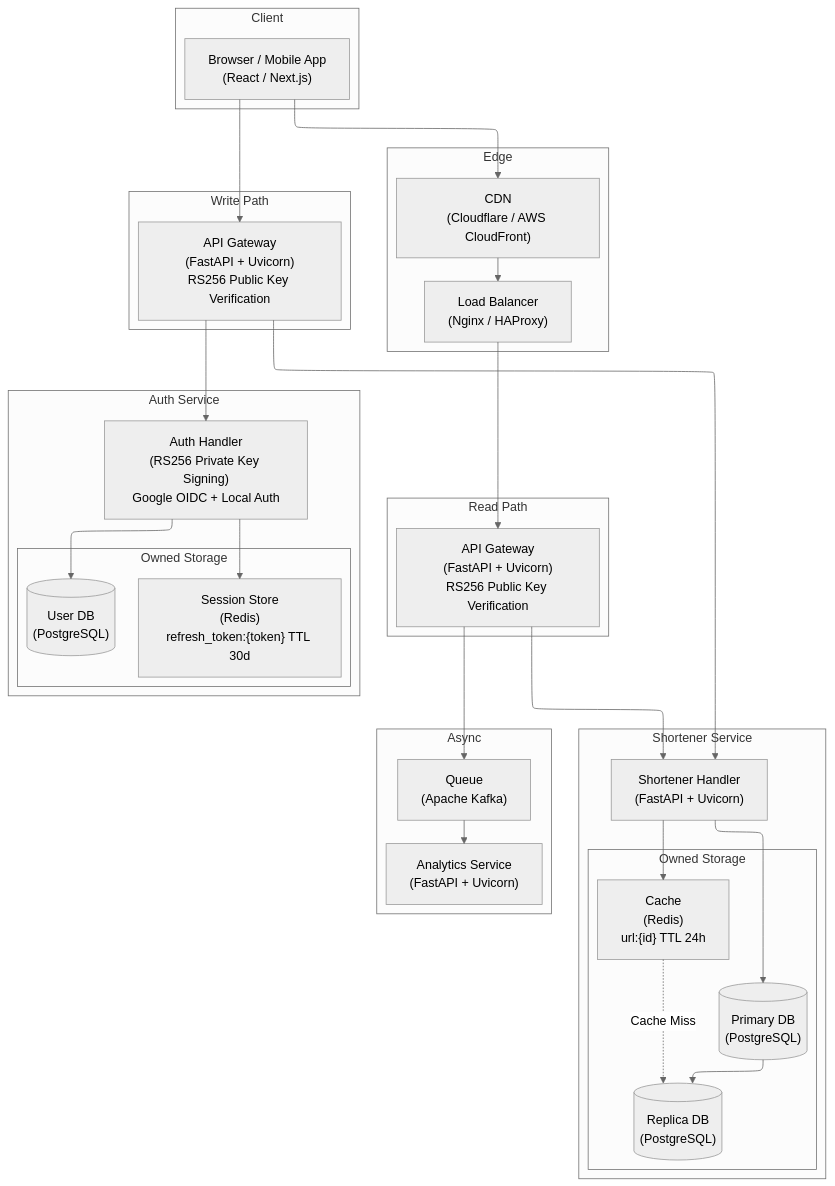
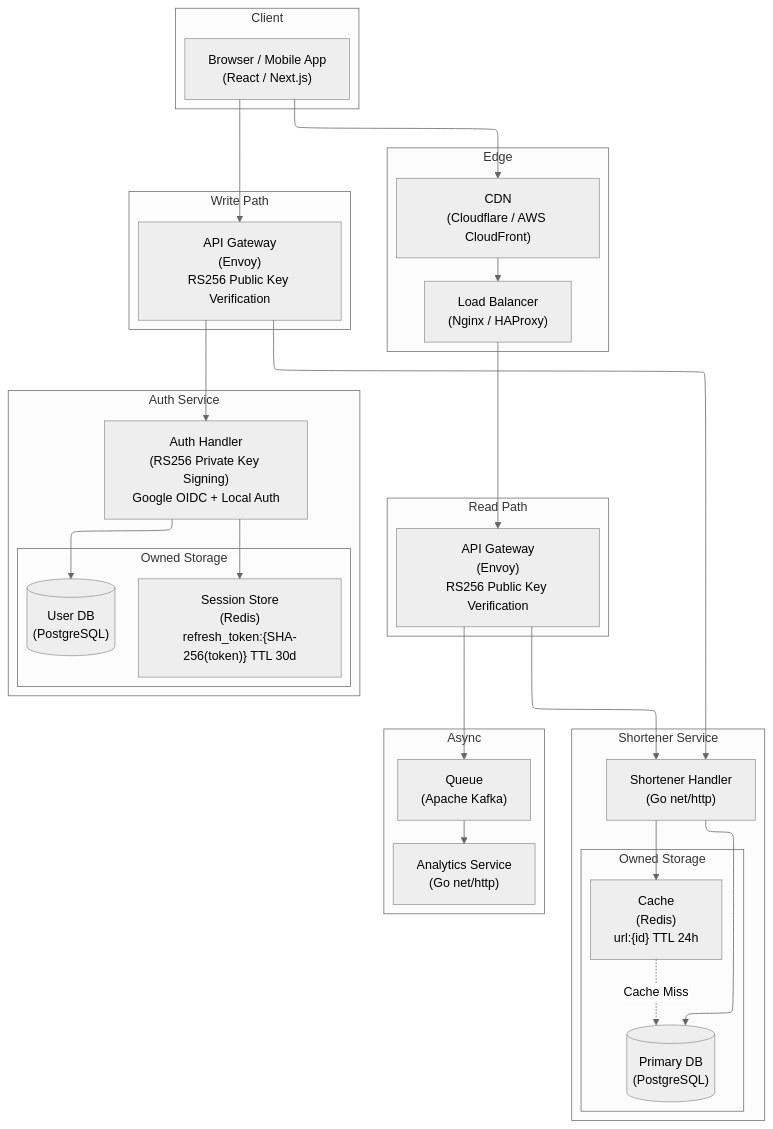
One commit to boycececil666gmailcom/Microservice-Auth-Platform changed the first of 2 diagrams in README.md. Above: the diagram before and after it, drawn with Mermaid. The commit also changed other lines of this file and 78 other files, not shown here.

````diff
--- a/README.md
+++ b/README.md
@@ -35,67 +33,65 @@
 ```mermaid
 ---
 config:
   layout: elk
   theme: neutral
 ---
 flowchart TB
 
     subgraph Client
         User["Browser / Mobile App<br/>(React / Next.js)"]
     end
 
     subgraph Edge
         CDN["CDN<br/>(Cloudflare / AWS CloudFront)"]
         LB["Load Balancer<br/>(Nginx / HAProxy)"]
     end
 
     subgraph WritePath["Write Path"]
-        APIGW["API Gateway<br/>(FastAPI + Uvicorn)<br/>RS256 Public Key Verification"]
+        APIGW["API Gateway<br/>(Envoy)<br/>RS256 Public Key Verification"]
     end
 
     subgraph ReadPath["Read Path"]
-        Redirect["API Gateway<br/>(FastAPI + Uvicorn)<br/>RS256 Public Key Verification"]
+        Redirect["API Gateway<br/>(Envoy)<br/>RS256 Public Key Verification"]
     end
 
     subgraph AuthSvc["Auth Service"]
         Auth["Auth Handler<br/>(RS256 Private Key Signing)<br/>Google OIDC + Local Auth"]
         subgraph AuthDB["Owned Storage"]
             UserDB[("User DB<br/>(PostgreSQL)")]
-            AuthRedis["Session Store<br/>(Redis)<br/>refresh_token:{token} TTL 30d"]
+            AuthRedis["Session Store<br/>(Redis)<br/>refresh_token:{SHA-256(token)} TTL 30d"]
         end
     end
 
     subgraph ShortenerSvc["Shortener Service"]
-        Shortener["Shortener Handler<br/>(FastAPI + Uvicorn)"]
+        Shortener["Shortener Handler<br/>(Go net/http)"]
         subgraph ShortenerDB["Owned Storage"]
             Redis["Cache<br/>(Redis)<br/>url:{id} TTL 24h"]
             Primary[("Primary DB<br/>(PostgreSQL)")]
-            Replica[("Replica DB<br/>(PostgreSQL)")]
         end
     end
 
     subgraph Async
         Queue["Queue<br/>(Apache Kafka)"]
-        Analytics["Analytics Service<br/>(FastAPI + Uvicorn)"]
+        Analytics["Analytics Service<br/>(Go net/http)"]
     end
 
     User --> APIGW
     APIGW --> Auth
     APIGW --> Shortener
 
     Auth --> UserDB
     Auth --> AuthRedis
 
     Shortener --> Redis
     Shortener --> Primary
-    Primary --> Replica
-    Redis -. Cache Miss .-> Replica
+    Redis -. Cache Miss .-> Primary
 
     User --> CDN
     CDN --> LB
     LB --> Redirect
 
     Redirect --> Shortener
     Redirect --> Queue
     Queue --> Analytics
 ```
````
